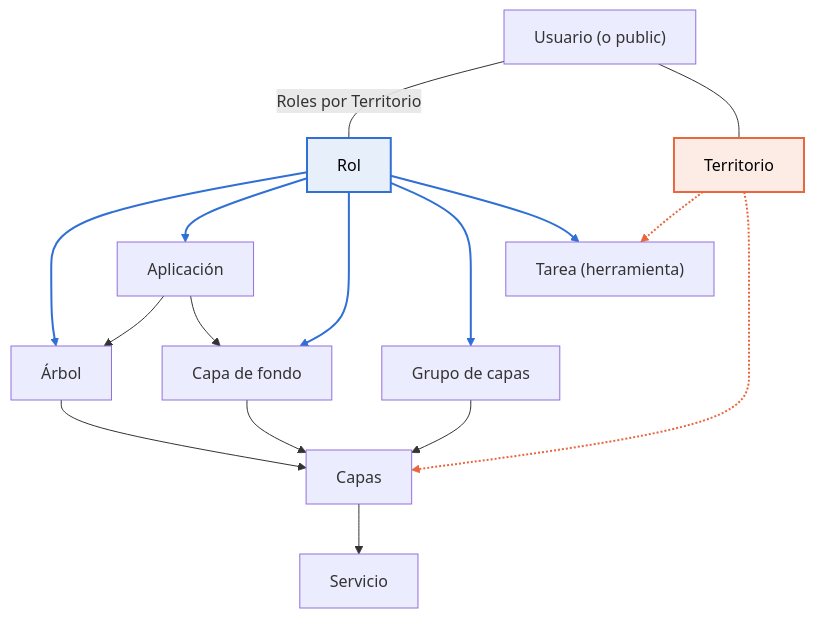
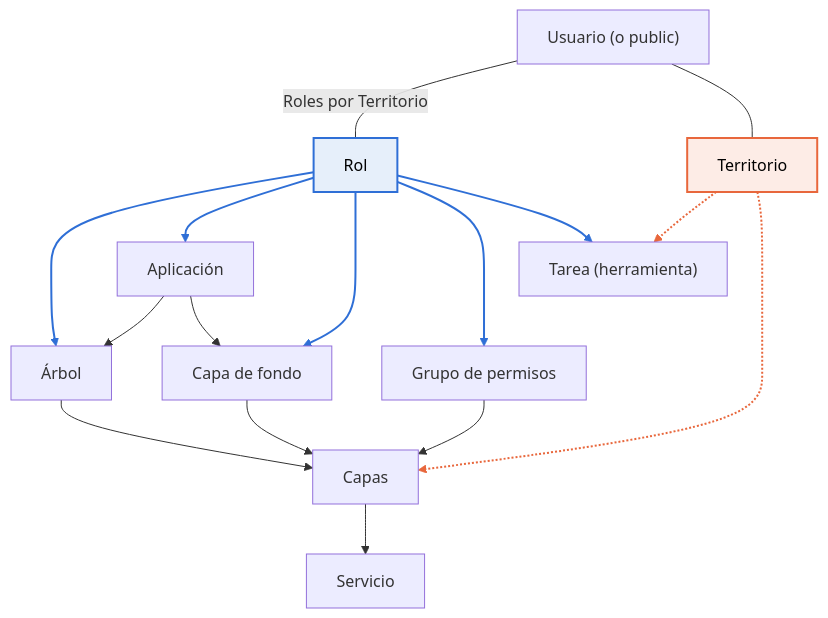
The diagram in docs/usuario/guias/primer-proyecto/index.md (sitmun/sitmun.github.io), drawn with Mermaid before and after one commit. The commit also changed other lines of this file and 13 other files, not shown here.

````diff
--- a/docs/usuario/guias/primer-proyecto/index.md
+++ b/docs/usuario/guias/primer-proyecto/index.md
@@ -37,32 +37,32 @@
 ```mermaid
 flowchart TB
   U["Usuario (o public)"]
   R["Rol"]
   T["Territorio"]
   ARB["Árbol"]
   APP["Aplicación"]
   FON["Capa de fondo"]
-  GRP["Grupo de capas"]
+  GRP["Grupo de permisos"]
   TAR["Tarea (herramienta)"]
   CAP["Capas"]
   SER["Servicio"]
 
   U -- "Roles por Territorio" --- R
   U --- T
   R ==> ARB & APP & FON & GRP & TAR
   APP --> ARB
   APP --> FON
   FON --> CAP
   GRP --> CAP
   ARB --> CAP
   CAP --> SER
   T -.-> TAR
   T -.-> CAP
 
   classDef rol fill:#e6effa,stroke:#2f6fd6,stroke-width:2px,color:#000
   classDef terr fill:#fdece6,stroke:#e8673c,stroke-width:2px,color:#000
   class R rol
   class T terr
   linkStyle 2,3,4,5,6 stroke:#2f6fd6,stroke-width:2px
   linkStyle 13,14 stroke:#e8673c,stroke-width:2px
 ```
````
